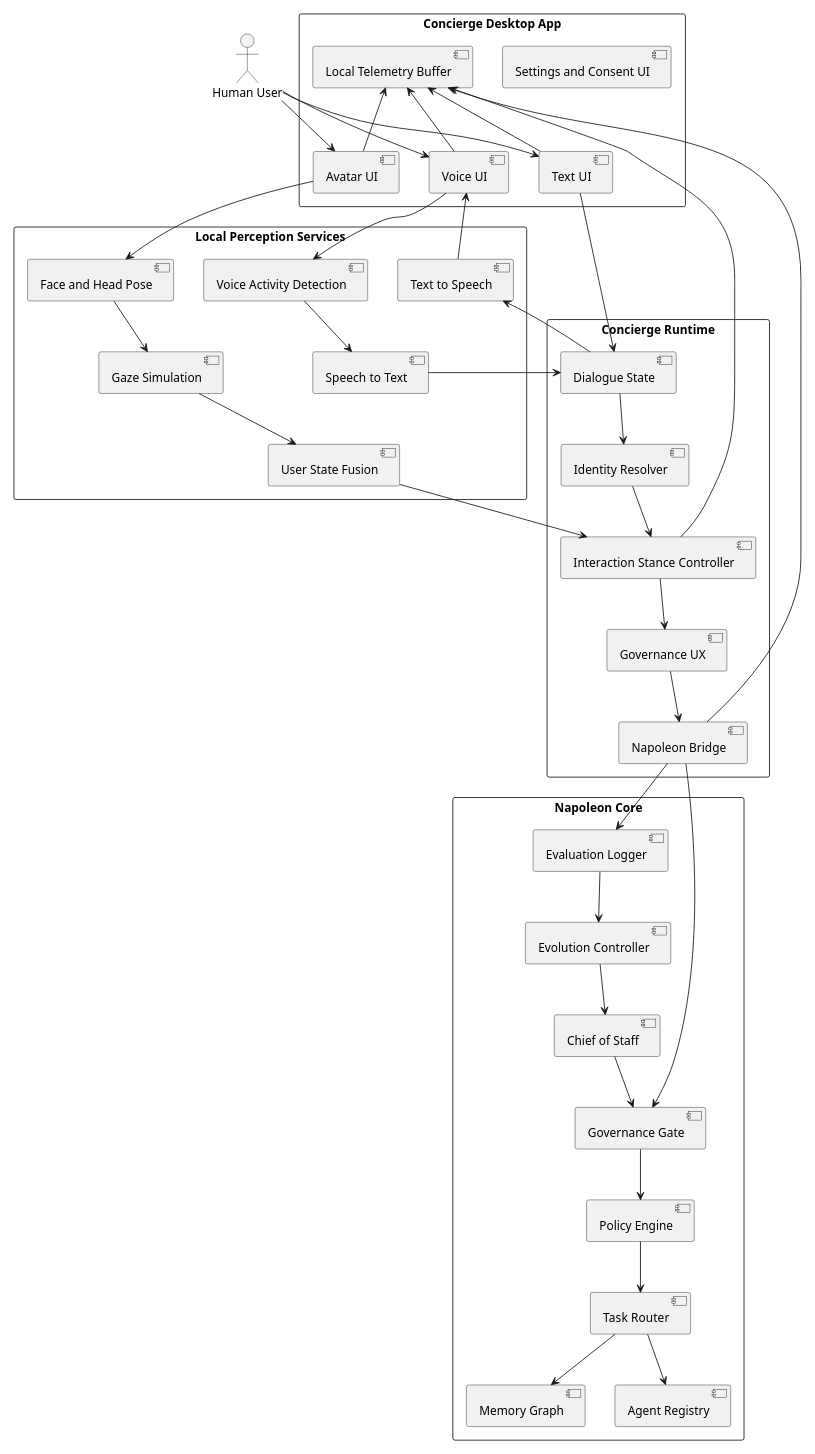
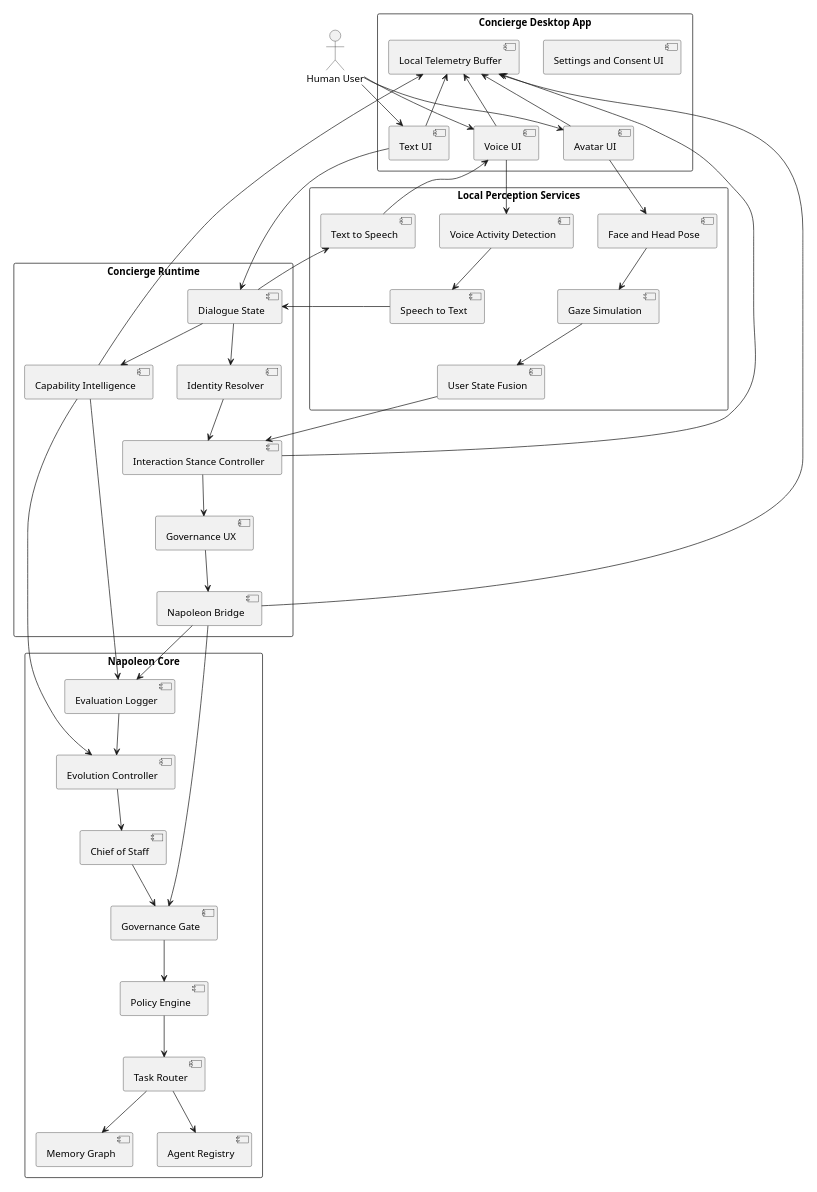
One commit to bprager/Concierge changed the first of 6 diagrams in docs/ARCHITECTURE.md. Above: the diagram before and after it, drawn with PlantUML. The commit also changed other lines of this file and 18 other files, not shown here.

Commit message:
Design conversation capability intelligence

````diff
--- a/docs/ARCHITECTURE.md
+++ b/docs/ARCHITECTURE.md
@@ -36,6 +36,7 @@
   component "Dialogue State" as Dialogue
   component "Interaction Stance Controller" as Stance
   component "Governance UX" as GovUX
+  component "Capability Intelligence" as CapIntel
   component "Napoleon Bridge" as Bridge
 }
 
@@ -69,6 +70,7 @@
 Dialogue --> Identity
 Identity --> Stance
 Stance --> GovUX
+Dialogue --> CapIntel
 GovUX --> Bridge
 Bridge --> Gov
 Gov --> Policy
@@ -77,6 +79,8 @@
 Router --> Memory
 CoS --> Gov
 Bridge --> Eval
+CapIntel --> Eval
+CapIntel --> Evolution
 Eval --> Evolution
 Evolution --> CoS
 
@@ -85,6 +89,7 @@
 Buffer <-- AvatarUI
 Buffer <-- Bridge
 Buffer <-- Stance
+Buffer <-- CapIntel
 
 @enduml
 ```
````
